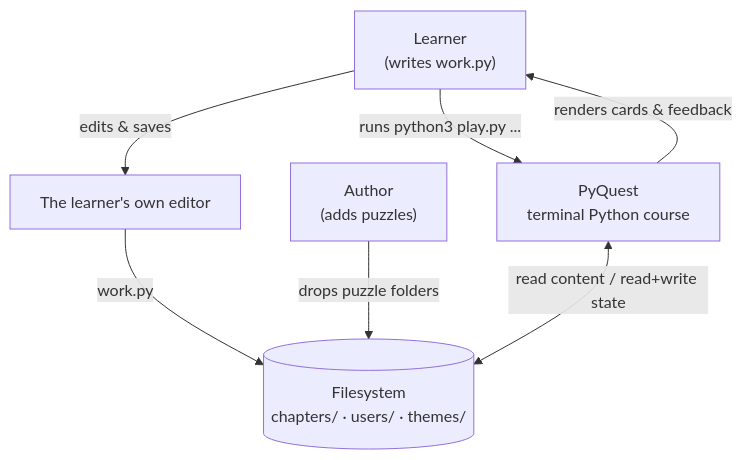
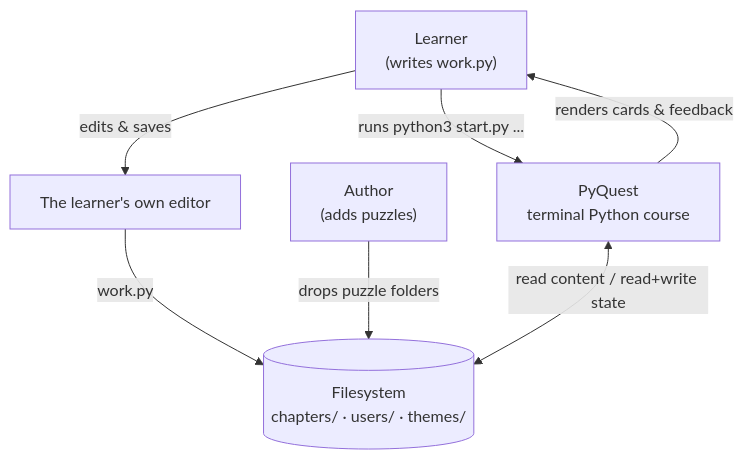
The first of 12 diagrams in docs/architecture/README.md (N041M/PyQuest), drawn with Mermaid before and after one commit. The commit also changed other lines of this file and 17 other files, not shown here.

````diff
--- a/docs/architecture/README.md
+++ b/docs/architecture/README.md
@@ -28,15 +28,15 @@
 ```mermaid
 flowchart TB
     learner["Learner<br/>(writes work.py)"]
     author["Author<br/>(adds puzzles)"]
     pq["PyQuest<br/>terminal Python course"]
     fs[("Filesystem<br/>chapters/ · users/ · themes/")]
     editor["The learner's own editor"]
 
-    learner -->|"runs python3 play.py ..."| pq
+    learner -->|"runs python3 start.py ..."| pq
     learner -->|edits & saves| editor
     editor -->|work.py| fs
     author -->|"drops puzzle folders"| fs
     pq <-->|read content / read+write state| fs
     pq -->|"renders cards & feedback"| learner
 ```
````
